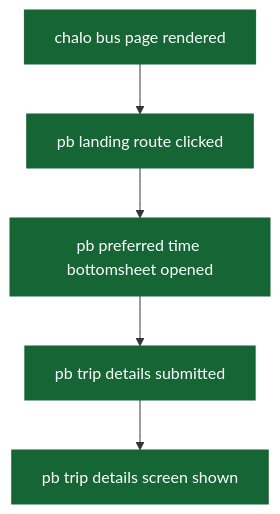
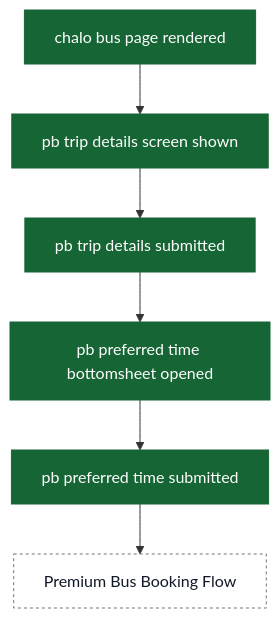
Before and after one commit to ratulsarna/chalo-app-dashboard: diagram 18 of 18 in content/analytics/home/flow-diagrams.md, drawn with Mermaid. The commit also changed other lines of this file and 3 other files, not shown here.

Commit message:
feat(analytics): update event definitions and flow diagrams for home and instant ticket purchase flows

````diff
--- a/content/analytics/home/flow-diagrams.md
+++ b/content/analytics/home/flow-diagrams.md
@@ -432,14 +450,16 @@
 ```mermaid
 flowchart TD
   ev_chaloBusPageRendered["chalo bus page rendered"]
-  ev_chaloBusPageRendered --> ev_pbLandingRouteClicked["pb landing route clicked"]
-  ev_pbLandingRouteClicked --> ev_pbPreferredTimeBottomsheetOpened["pb preferred time bottomsheet opened"]
-  ev_pbPreferredTimeBottomsheetOpened --> ev_pbTripDetailsSubmitted["pb trip details submitted"]
-  ev_pbTripDetailsSubmitted --> ev_pbTripDetailsScreenShown["pb trip details screen shown"]
+  ev_chaloBusPageRendered --> ev_pbTripDetailsScreenShown["pb trip details screen shown"]
+  ev_pbTripDetailsScreenShown --> ev_pbTripDetailsSubmitted["pb trip details submitted"]
+  ev_pbTripDetailsSubmitted --> ev_pbPreferredTimeBottomsheetOpened["pb preferred time bottomsheet opened"]
+  ev_pbPreferredTimeBottomsheetOpened --> ev_pbPreferredTimeSubmitted["pb preferred time submitted"]
+  ev_pbPreferredTimeSubmitted --> external_pbBookingFlow[Premium Bus Booking Flow]
 
   classDef event fill:#166534,stroke:#166534,color:#ffffff;
   classDef ui fill:#f3f4f6,stroke:#6b7280,stroke-dasharray: 5 5,color:#111827;
   classDef external fill:#ffffff,stroke:#6b7280,stroke-dasharray: 3 3,color:#111827;
 
-  class ev_chaloBusPageRendered,ev_pbLandingRouteClicked,ev_pbPreferredTimeBottomsheetOpened,ev_pbTripDetailsSubmitted,ev_pbTripDetailsScreenShown event;
+  class ev_chaloBusPageRendered,ev_pbTripDetailsScreenShown,ev_pbTripDetailsSubmitted,ev_pbPreferredTimeBottomsheetOpened,ev_pbPreferredTimeSubmitted event;
+  class external_pbBookingFlow external;
 ```
````
